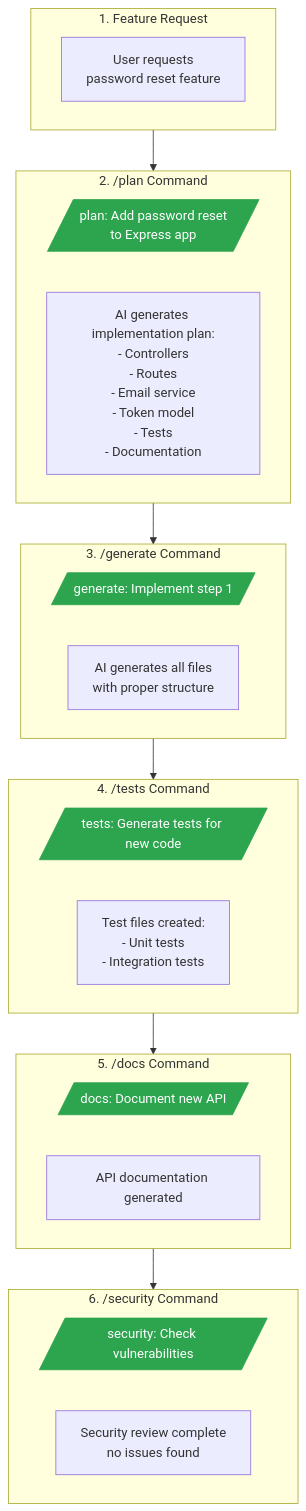
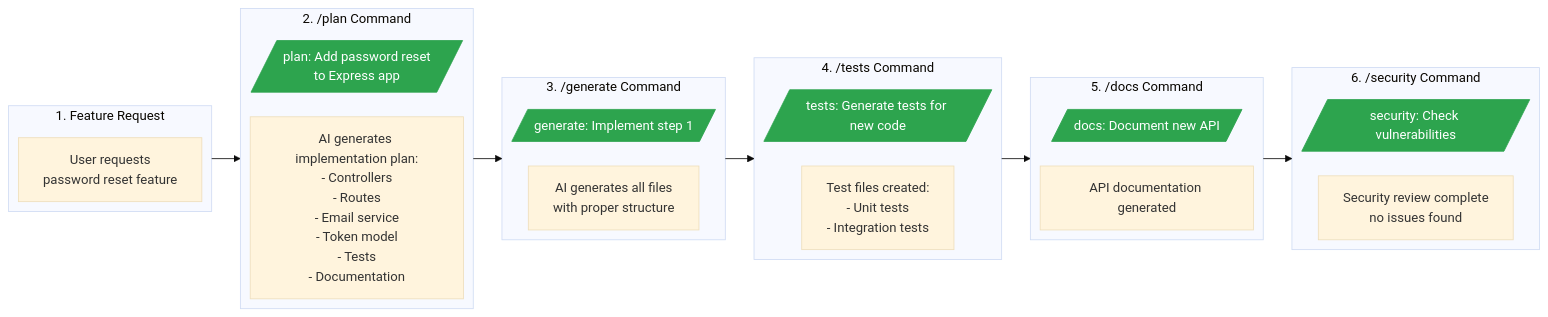
Diagram 20 of 31 in GitHub/GitHub Copilot in the IDE: Your AI Pair Programmer, Always by Your Side.md (Vineet-Sharma-Medium-Stories/Medium-Build-Tool), drawn with Mermaid before and after one commit. The commit also changed other lines of this file and 27 other files, not shown here.

````diff
--- a/GitHub/GitHub Copilot in the IDE: Your AI Pair Programmer, Always by Your Side.md
+++ b/GitHub/GitHub Copilot in the IDE: Your AI Pair Programmer, Always by Your Side.md
@@ -1051,39 +1069,42 @@
 ```mermaid
-flowchart TD
-    subgraph Step1["1. Feature Request"]
-        Request[User requests<br/>password reset feature]
-    end
-    
-    subgraph Step2["2. /plan Command"]
-        Plan[/plan: Add password reset<br/>to Express app/]
-        Output[AI generates implementation plan:<br/>- Controllers<br/>- Routes<br/>- Email service<br/>- Token model<br/>- Tests<br/>- Documentation]
-    end
-    
-    subgraph Step3["3. /generate Command"]
-        Generate[/generate: Implement step 1/]
-        Code[AI generates all files<br/>with proper structure]
-    end
-    
-    subgraph Step4["4. /tests Command"]
-        Tests[/tests: Generate tests for new code/]
-        TestFiles[Test files created:<br/>- Unit tests<br/>- Integration tests]
-    end
-    
-    subgraph Step5["5. /docs Command"]
-        Docs[/docs: Document new API/]
-        Documentation[API documentation generated]
-    end
-    
-    subgraph Step6["6. /security Command"]
-        Security[/security: Check vulnerabilities/]
-        Secure[Security review complete<br/>no issues found]
-    end
-    
-    Step1 --> Step2 --> Step3 --> Step4 --> Step5 --> Step6
-    
+---
+config:
+  theme: base
+  layout: elk
+---
+flowchart LR
+ subgraph Step1["1. Feature Request"]
+        Request["User requests<br>password reset feature"]
+  end
+ subgraph Step2["2. /plan Command"]
+        Plan[/"plan: Add password reset<br>to Express app"/]
+        Output["AI generates implementation plan:<br>- Controllers<br>- Routes<br>- Email service<br>- Token model<br>- Tests<br>- Documentation"]
+  end
+ subgraph Step3["3. /generate Command"]
+        Generate[/"generate: Implement step 1"/]
+        Code["AI generates all files<br>with proper structure"]
+  end
+ subgraph Step4["4. /tests Command"]
+        Tests[/"tests: Generate tests for new code"/]
+        TestFiles["Test files created:<br>- Unit tests<br>- Integration tests"]
+  end
+ subgraph Step5["5. /docs Command"]
+        Docs[/"docs: Document new API"/]
+        Documentation["API documentation generated"]
+  end
+ subgraph Step6["6. /security Command"]
+        Security[/"security: Check vulnerabilities"/]
+        Secure["Security review complete<br>no issues found"]
+  end
+    Step1 --> Step2
+    Step2 --> Step3
+    Step3 --> Step4
+    Step4 --> Step5
+    Step5 --> Step6
+
     style Plan fill:#2da44e,stroke:#2da44e,stroke-width:1px,color:#fff
     style Generate fill:#2da44e,stroke:#2da44e,stroke-width:1px,color:#fff
     style Tests fill:#2da44e,stroke:#2da44e,stroke-width:1px,color:#fff
     style Docs fill:#2da44e,stroke:#2da44e,stroke-width:1px,color:#fff
     style Security fill:#2da44e,stroke:#2da44e,stroke-width:1px,color:#fff
 ```
````
